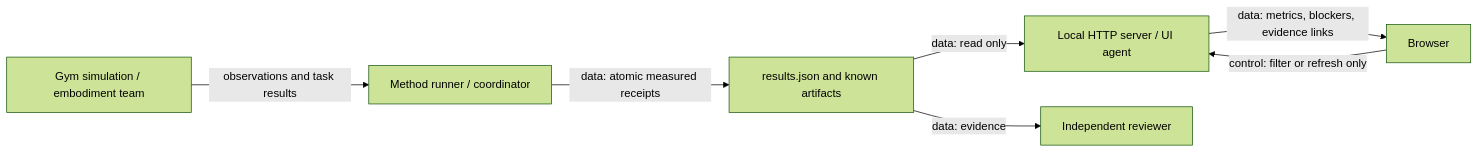
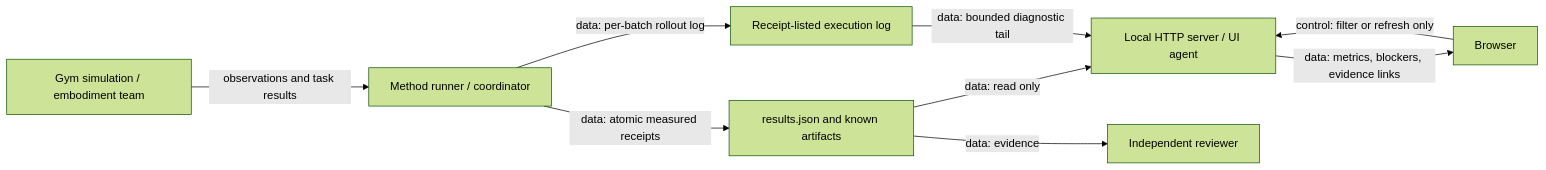
One commit to aditya9729/abc changed the first of 2 diagrams in docs/bench/dashboard.md. Above: the diagram before and after it, drawn with Mermaid (forest theme). The commit also changed other lines of this file and 2 other files, not shown here.

Commit message:
Show bounded QF3 rollout diagnostics in the dashboard

````diff
--- a/docs/bench/dashboard.md
+++ b/docs/bench/dashboard.md
@@ -46,9 +46,11 @@
 ```mermaid
 flowchart LR
     G[Gym simulation / embodiment team] -->|observations and task results| R[Method runner / coordinator]
     R -->|data: atomic measured receipts| J[results.json and known artifacts]
     J -->|data: read only| H[Local HTTP server / UI agent]
     H -->|data: metrics, blockers, evidence links| B[Browser]
     B -->|control: filter or refresh only| H
     J -->|data: evidence| V[Independent reviewer]
+    R -->|data: per-batch rollout log| L[Receipt-listed execution log]
+    L -->|data: bounded diagnostic tail| H
 ```
````
